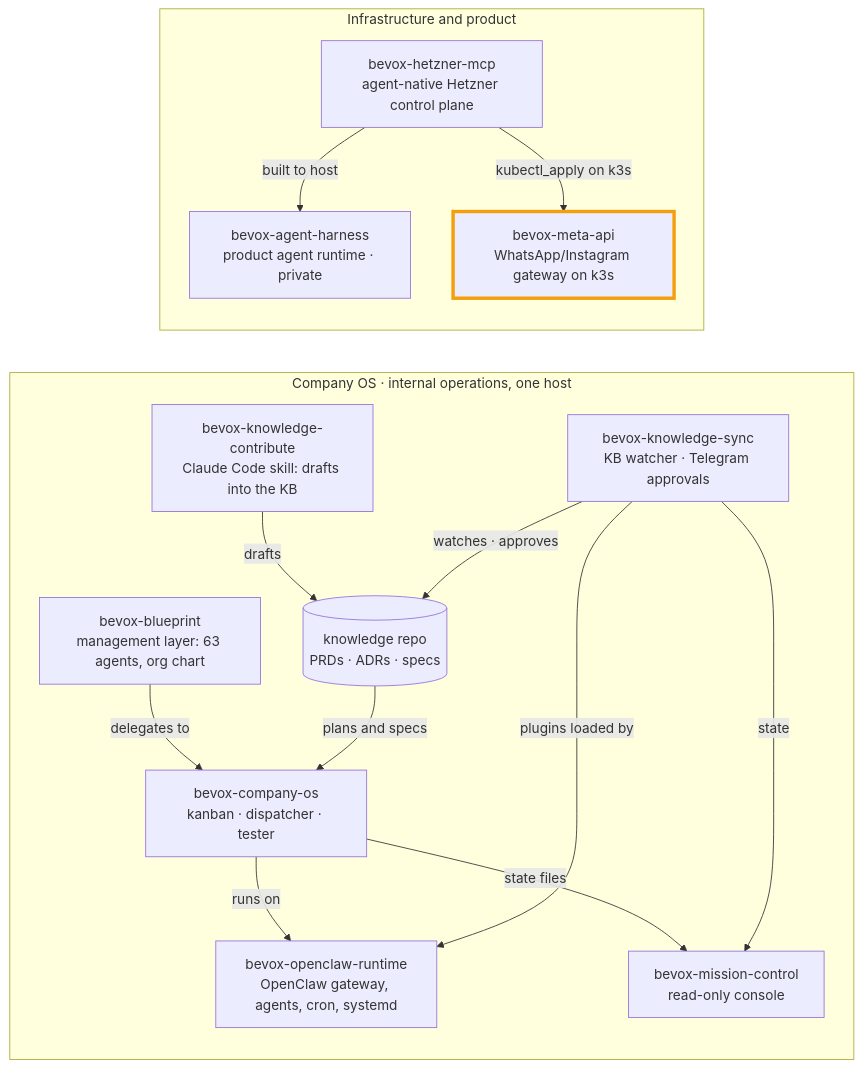
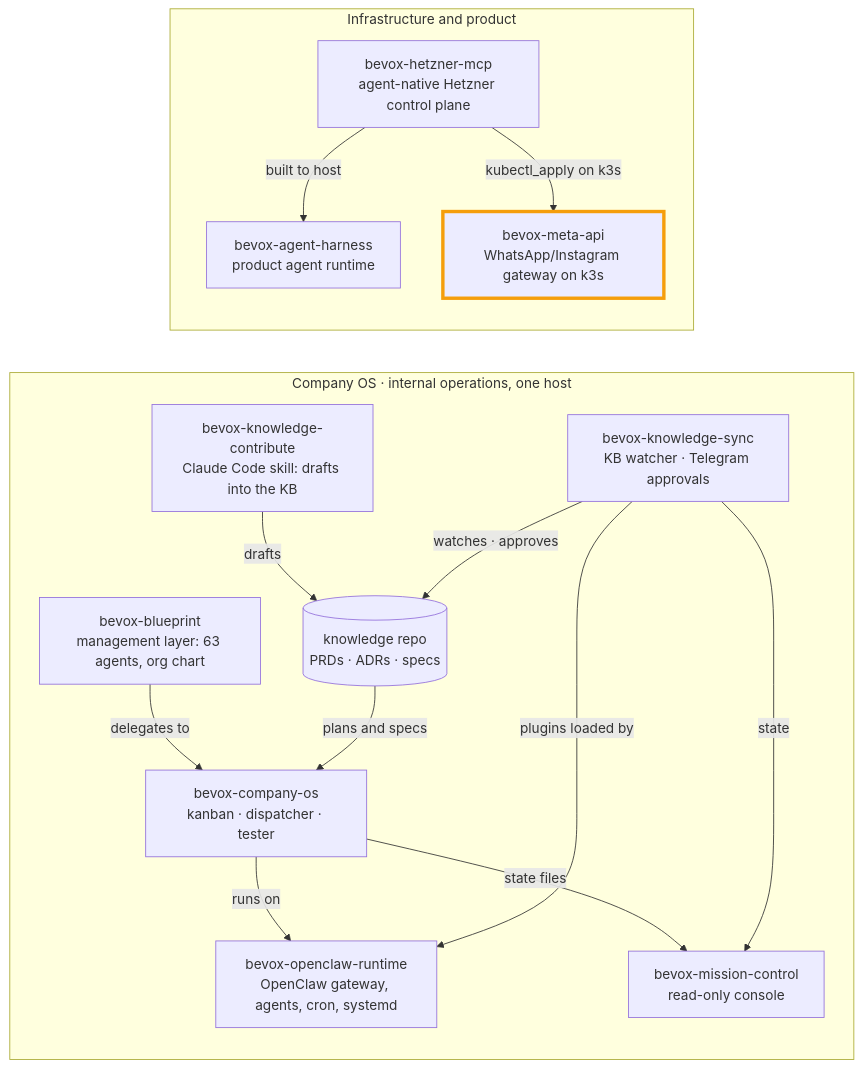
One commit to bernardTavares/bevox-meta-api changed the second of 2 diagrams in README.md. Above: the diagram before and after it, drawn with Mermaid. The commit also changed other lines of this file, not shown here.

Commit message:
docs: link bevox-agent-harness (now public) in the repo map
Claude-Session: https://claude.ai/code/session_01Qj817cr8c8u4ecWaCmkuX1

````diff
--- a/README.md
+++ b/README.md
@@ -114,31 +114,31 @@
 ```mermaid
 flowchart LR
   subgraph OPS["Company OS · internal operations, one host"]
     direction TB
     BP["bevox-blueprint<br/>management layer: 63 agents, org chart"]
     RT["bevox-openclaw-runtime<br/>OpenClaw gateway, agents, cron, systemd"]
     COS["bevox-company-os<br/>kanban · dispatcher · tester"]
     MC["bevox-mission-control<br/>read-only console"]
     KS["bevox-knowledge-sync<br/>KB watcher · Telegram approvals"]
     KC["bevox-knowledge-contribute<br/>Claude Code skill: drafts into the KB"]
     KB[("knowledge repo<br/>PRDs · ADRs · specs")]
   end
   subgraph INFRA["Infrastructure and product"]
     direction TB
     HZ["bevox-hetzner-mcp<br/>agent-native Hetzner control plane"]
-    H["bevox-agent-harness<br/>product agent runtime · private"]
+    H["bevox-agent-harness<br/>product agent runtime"]
     MA["bevox-meta-api<br/>WhatsApp/Instagram gateway on k3s"]
   end
   BP -->|delegates to| COS
   COS -->|runs on| RT
   KS -->|plugins loaded by| RT
   KC -->|drafts| KB
   KS -->|watches · approves| KB
   KB -->|plans and specs| COS
   COS -->|state files| MC
   KS -->|state| MC
   HZ -->|built to host| H
   HZ -->|kubectl_apply on k3s| MA
   classDef here stroke:#f59e0b,stroke-width:4px
   class MA here
 ```
````
